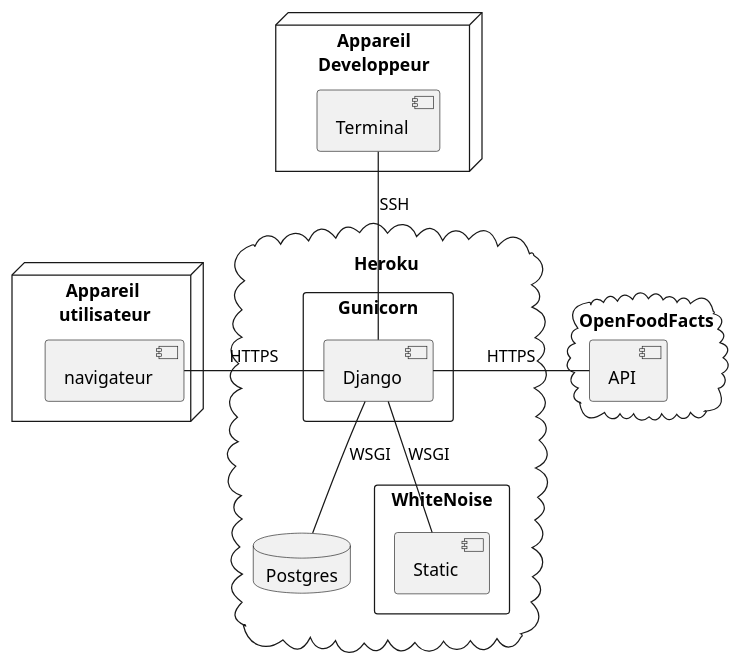
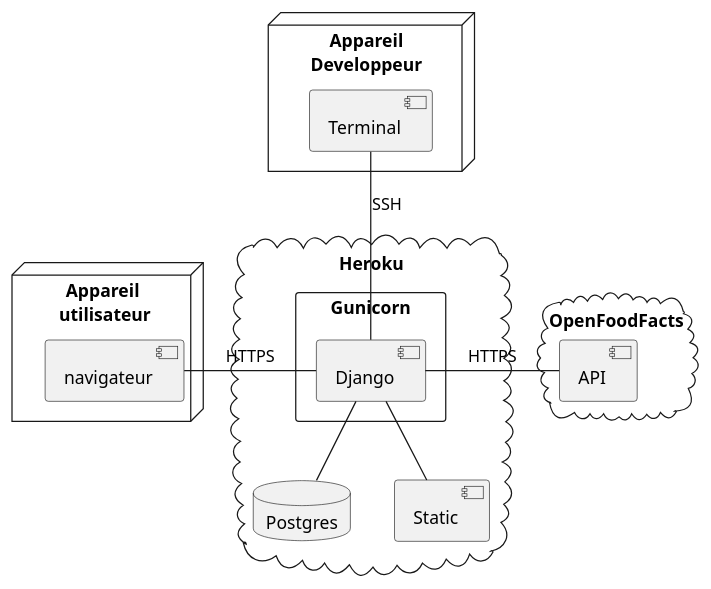
One commit to Zepmanbc/oc_dapython_pr8 changed the diagram in doc/uml/04_deployment.puml. Above: the diagram before and after it, drawn with PlantUML. The commit also changed 1 other file, not shown here.

Commit message:
mise à jour du diagramme de déploiement

```diff
--- a/doc/uml/04_deployment.puml
+++ b/doc/uml/04_deployment.puml
@@ -1,33 +1,31 @@
 @startuml 04_deployment
 
 node "Appareil\n utilisateur"{
     component navigateur
 }
 
 node "Appareil\nDeveloppeur"{
     component Terminal
 }
 
 cloud Heroku{
     ' left to right direction
     database Postgres
     rectangle Gunicorn{
         component Django
     }
-    rectangle WhiteNoise{
-        component Static
-    }
+    component Static
 }
 
-Django -- Postgres : WSGI
-Django -- Static : WSGI
+Django -- Postgres
+Django -- Static
 
 cloud OpenFoodFacts{
     component API
 }
 
 navigateur - Django : "HTTPS"
 Terminal -- Django : "SSH"
 Django - API : "HTTPS"
 
 @enduml
```
